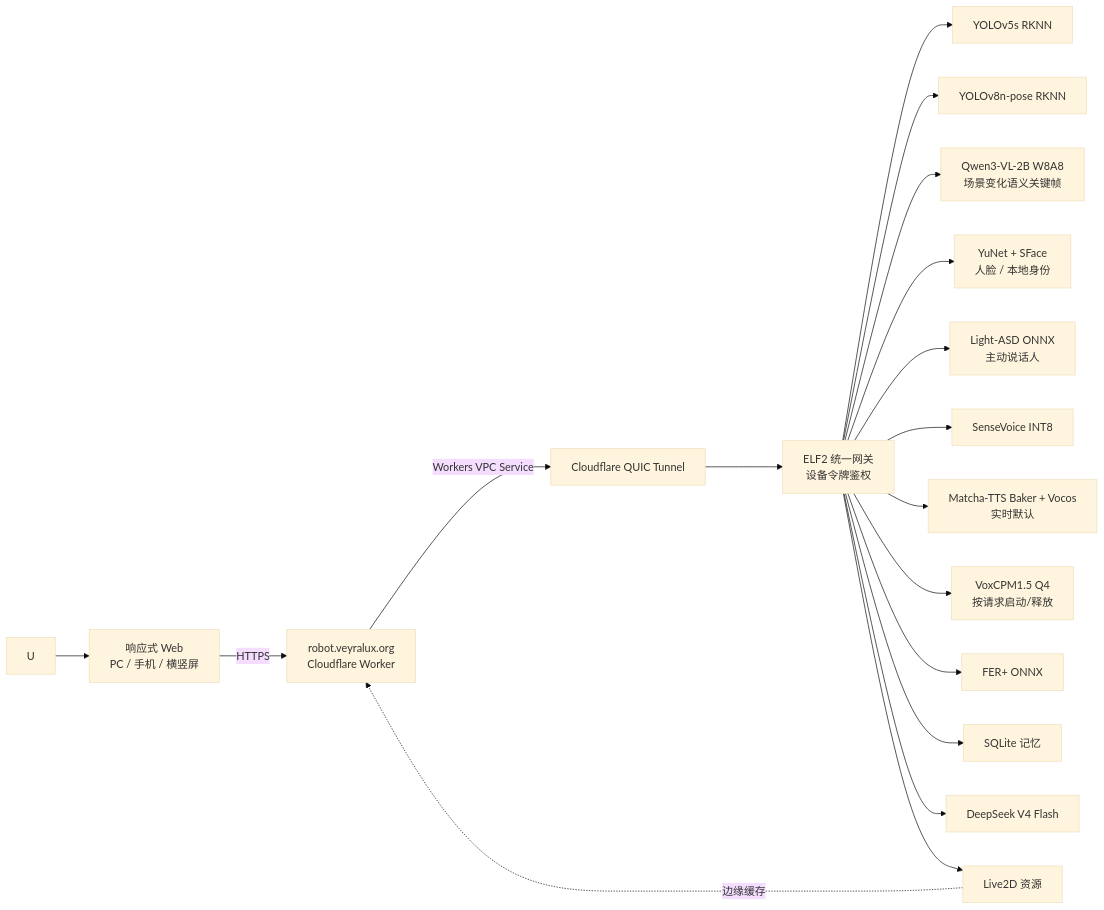
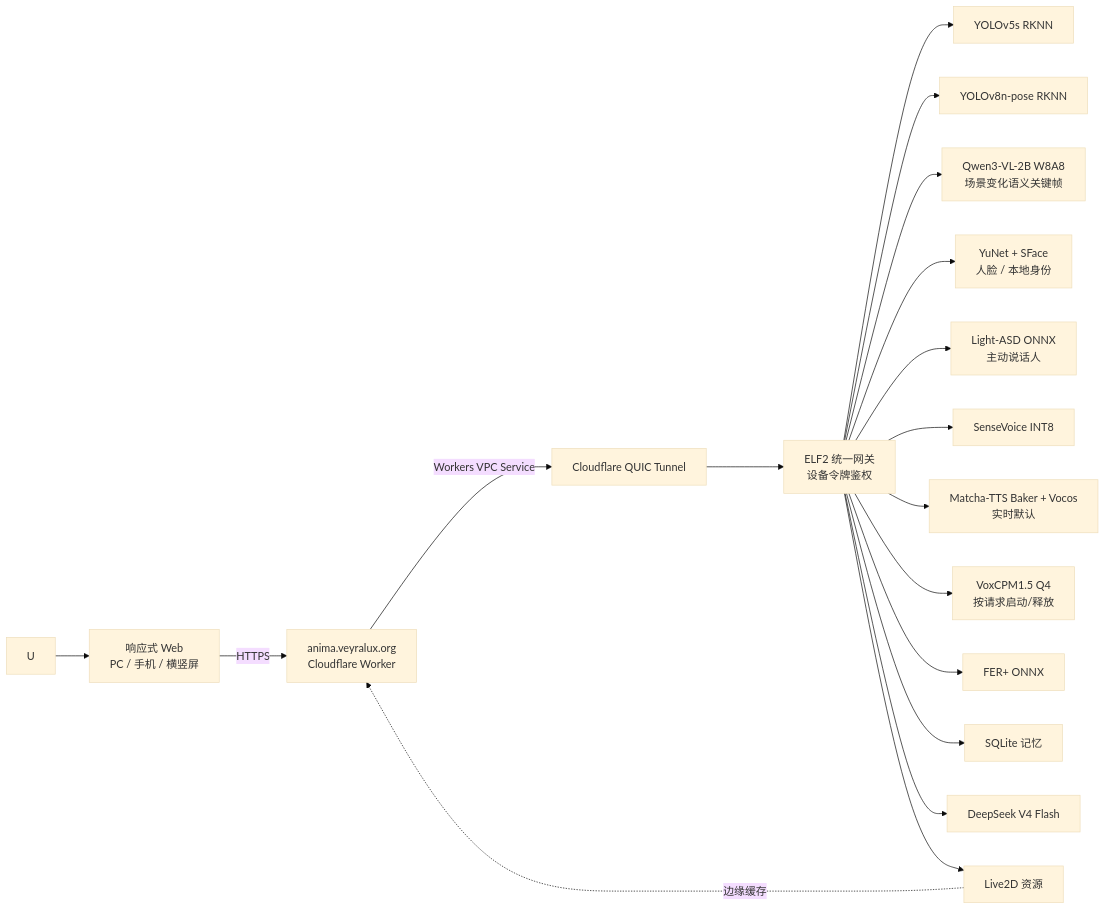
Before and after one commit to rayL-K/Viusual_Companion_Robot: the diagram in README.md, drawn with Mermaid (base theme). The commit also changed other lines of this file and 25 other files, not shown here.

````diff
--- a/README.md
+++ b/README.md
@@ -15,20 +15,20 @@
 ```mermaid
 flowchart LR
     U --> WEB["响应式 Web\nPC / 手机 / 横竖屏"]
-    WEB -->|"HTTPS"| EDGE["robot.veyralux.org\nCloudflare Worker"]
+    WEB -->|"HTTPS"| EDGE["anima.veyralux.org\nCloudflare Worker"]
     EDGE -->|"Workers VPC Service"| TUNNEL["Cloudflare QUIC Tunnel"]
     TUNNEL --> GW["ELF2 统一网关\n设备令牌鉴权"]
     GW --> YOLO["YOLOv5s RKNN"]
     GW --> POSE["YOLOv8n-pose RKNN"]
     GW --> VLM["Qwen3-VL-2B W8A8\n场景变化语义关键帧"]
     GW --> FACE["YuNet + SFace\n人脸 / 本地身份"]
     GW --> ASD["Light-ASD ONNX\n主动说话人"]
     GW --> ASR["SenseVoice INT8"]
     GW --> TTS["Matcha-TTS Baker + Vocos\n实时默认"]
     GW --> VOX["VoxCPM1.5 Q4\n按请求启动/释放"]
     GW --> FER["FER+ ONNX"]
     GW --> MEM["SQLite 记忆"]
     GW --> DS["DeepSeek V4 Flash"]
     GW --> ASSET["Live2D 资源"]
     ASSET -.->|"边缘缓存"| EDGE
 ```
````
